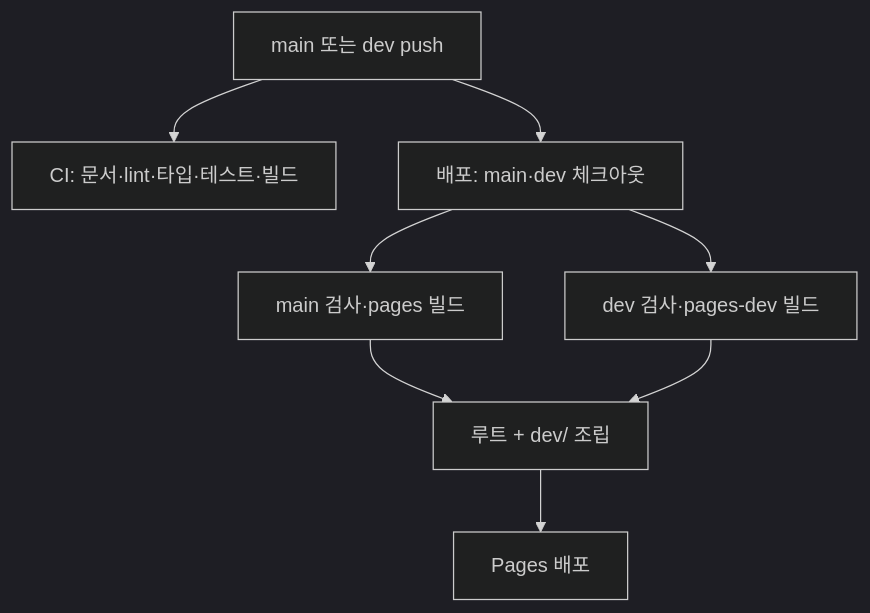
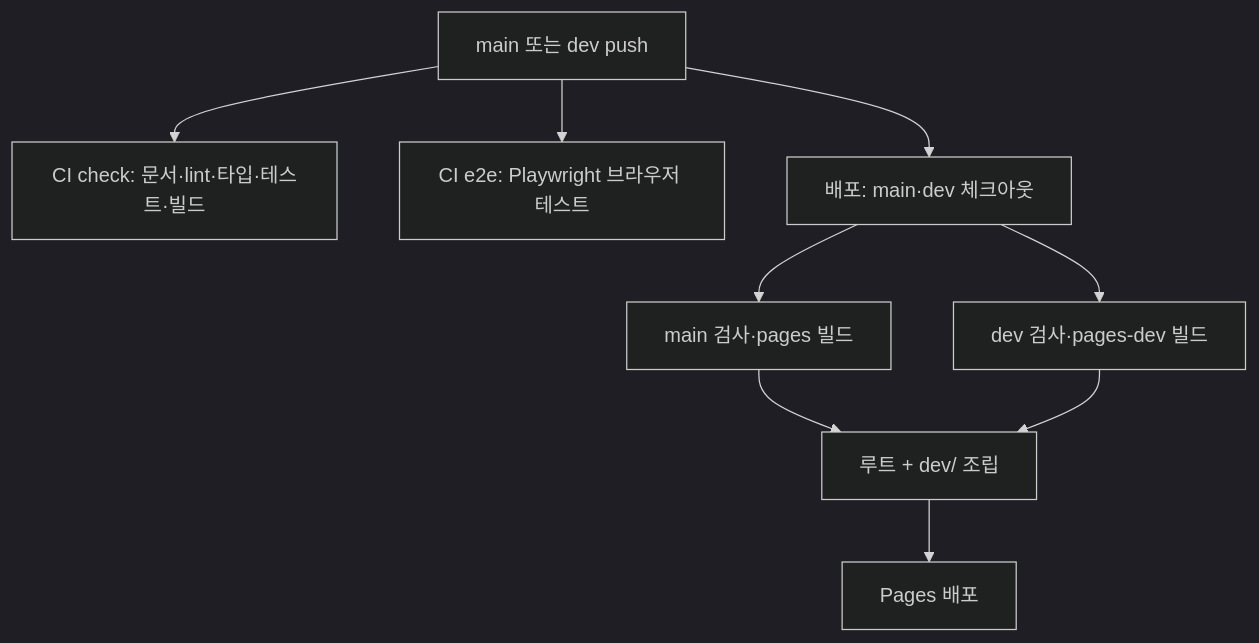
The diagram in docs/OPERATIONS.md (MinsangKwak/subway-midpoint), drawn with Mermaid (dark theme) before and after one commit. The commit also changed other lines of this file and 14 other files, not shown here.

````diff
--- a/docs/OPERATIONS.md
+++ b/docs/OPERATIONS.md
@@ -28,10 +30,11 @@
 ```mermaid
 flowchart TD
-    P["main 또는 dev push"] --> C["CI: 문서·lint·타입·테스트·빌드"]
+    P["main 또는 dev push"] --> C["CI check: 문서·lint·타입·테스트·빌드"]
+    P --> E["CI e2e: Playwright 브라우저 테스트"]
     P --> B["배포: main·dev 체크아웃"]
     B --> M["main 검사·pages 빌드"]
     B --> D["dev 검사·pages-dev 빌드"]
     M --> S["루트 + dev/ 조립"]
     D --> S
     S --> G["Pages 배포"]
 ```
````
